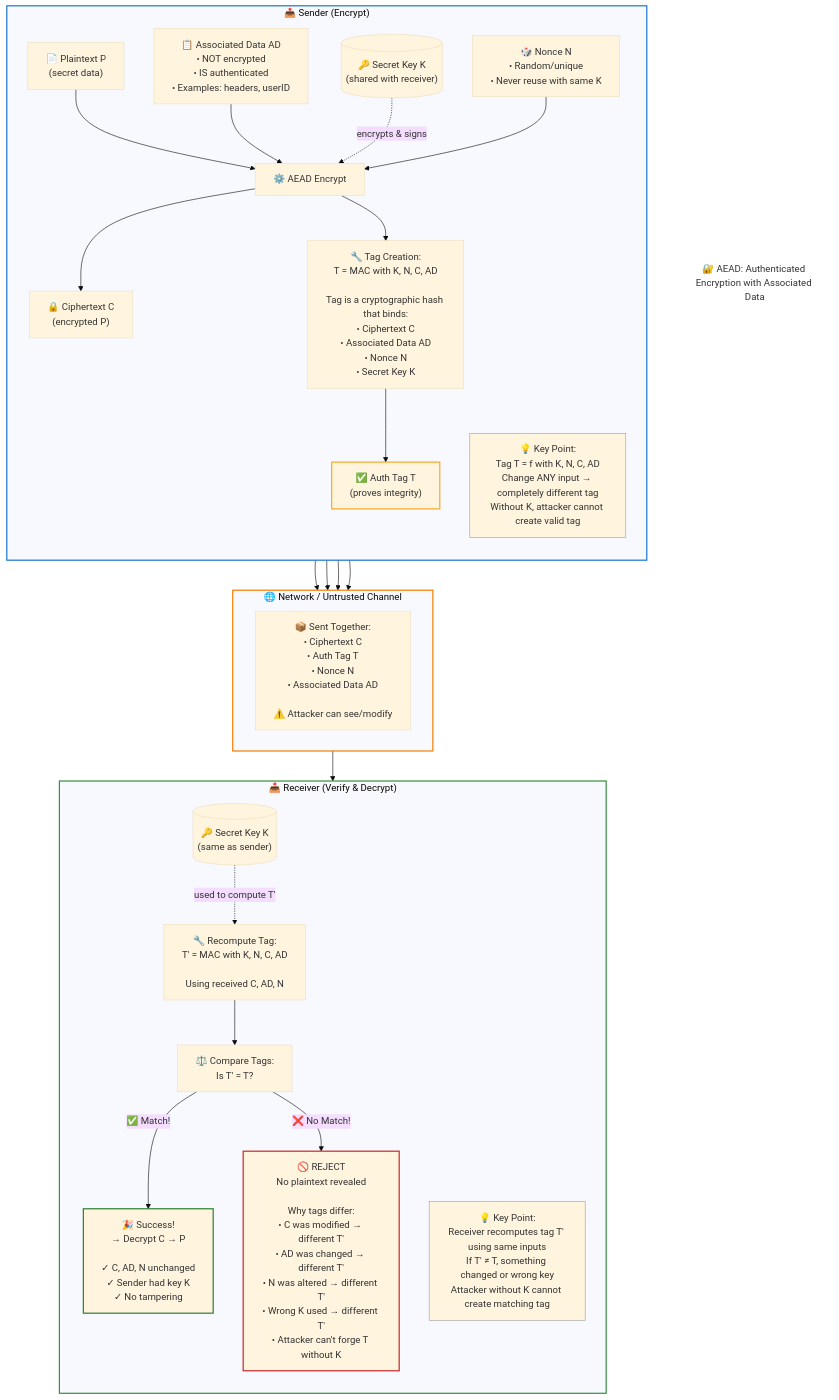
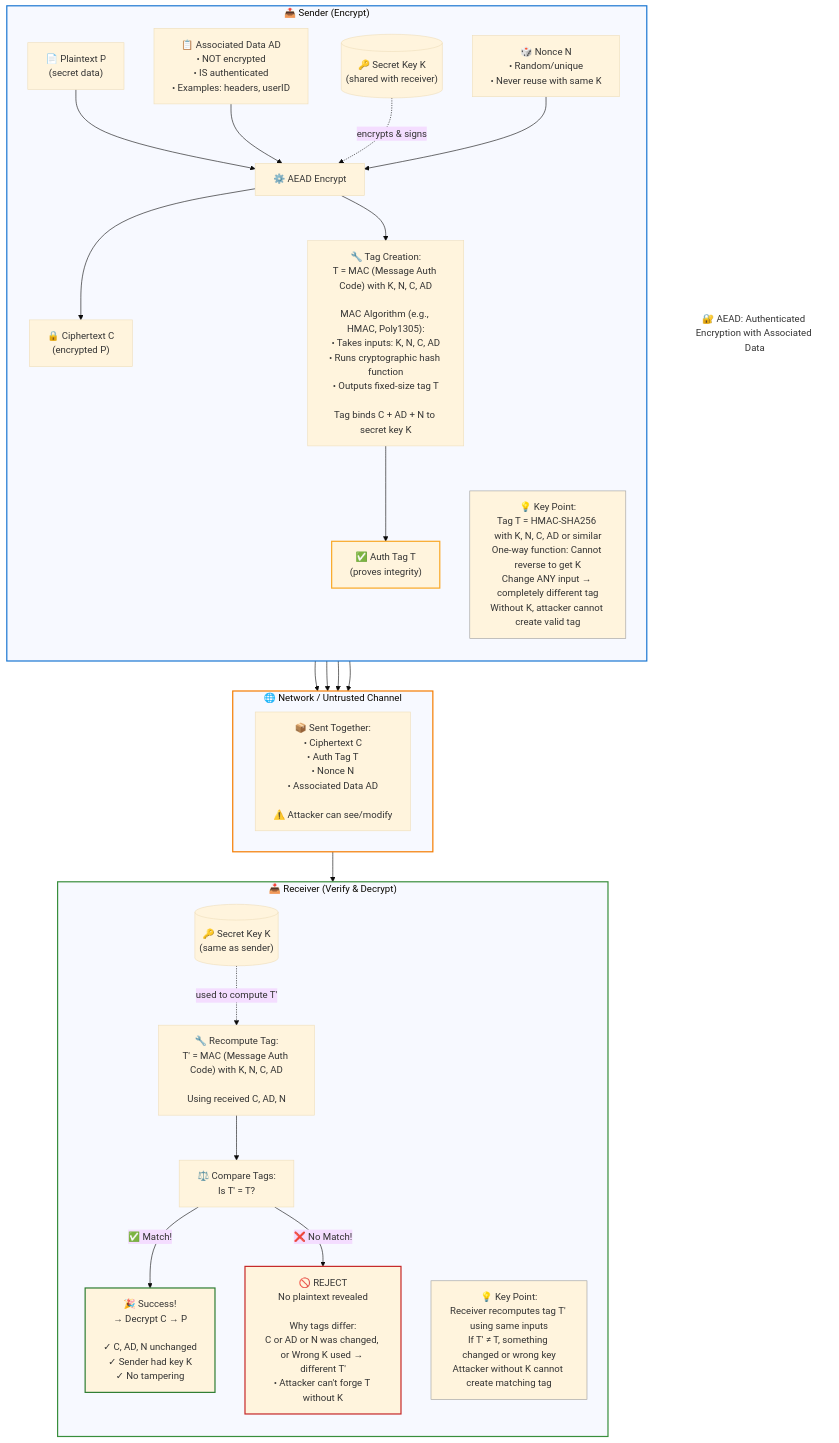
One commit to irahulsawhney/crypto-concepts changed the diagram in diagrams/03-aead.mmd. Above: the diagram before and after it, drawn with Mermaid (base theme). The commit also changed 1 other file, not shown here.

Commit message:
Expand MAC acronym and explain how MAC is generated in AEAD diagrams

```diff
--- a/diagrams/03-aead.mmd
+++ b/diagrams/03-aead.mmd
@@ -1,85 +1,85 @@
 %% AEAD (Authenticated Encryption with Associated Data) — Mermaid Cheat Sheet
 %% Save as .mmd and preview with any Mermaid renderer.
 
 %% ------------ FLOW OVERVIEW ------------
 flowchart TB
   Title["🔐 AEAD: Authenticated Encryption with Associated Data"]
   
   subgraph Sender["📤 Sender (Encrypt)"]
     direction TB
     P["📄 Plaintext P<br/>(secret data)"]
     AD["📋 Associated Data AD<br/>• NOT encrypted<br/>• IS authenticated<br/>• Examples: headers, userID"]
     K[("🔑 Secret Key K<br/>(shared with receiver)")]
     N["🎲 Nonce N<br/>• Random/unique<br/>• Never reuse with same K"]
     
     P --> E
     AD --> E
     K -.->|encrypts & signs| E
     N --> E
     
     E["⚙️ AEAD Encrypt"]
     
     E --> C["🔒 Ciphertext C<br/>(encrypted P)"]
-    E --> TagCreate["🔧 Tag Creation:<br/>T = MAC with K, N, C, AD<br/><br/>Tag is a cryptographic hash that binds:<br/>• Ciphertext C<br/>• Associated Data AD<br/>• Nonce N<br/>• Secret Key K"]
+    E --> TagCreate["🔧 Tag Creation:<br/>T = MAC (Message Auth Code) with K, N, C, AD<br/><br/>MAC Algorithm (e.g., HMAC, Poly1305):<br/>• Takes inputs: K, N, C, AD<br/>• Runs cryptographic hash function<br/>• Outputs fixed-size tag T<br/><br/>Tag binds C + AD + N to secret key K"]
     TagCreate --> T["✅ Auth Tag T<br/>(proves integrity)"]
     
-    SNote["💡 Key Point:<br/>Tag T = f with K, N, C, AD<br/>Change ANY input → completely different tag<br/>Without K, attacker cannot create valid tag"]
+    SNote["💡 Key Point:<br/>Tag T = HMAC-SHA256 with K, N, C, AD or similar<br/>One-way function: Cannot reverse to get K<br/>Change ANY input → completely different tag<br/>Without K, attacker cannot create valid tag"]
   end
 
   C --> Channel
   T --> Channel
   N --> Channel
   AD --> Channel
   
   subgraph Channel["🌐 Network / Untrusted Channel"]
     Bundle["📦 Sent Together:<br/>• Ciphertext C<br/>• Auth Tag T<br/>• Nonce N<br/>• Associated Data AD<br/><br/>⚠️ Attacker can see/modify"]
   end
 
   Channel --> Receiver
   
   subgraph Receiver["📥 Receiver (Verify & Decrypt)"]
     direction TB
     KR[("🔑 Secret Key K<br/>(same as sender)")]
     
-    RecompTag["🔧 Recompute Tag:<br/>T' = MAC with K, N, C, AD<br/><br/>Using received C, AD, N"]
+    RecompTag["🔧 Recompute Tag:<br/>T' = MAC (Message Auth Code) with K, N, C, AD<br/><br/>Using received C, AD, N"]
     
     Compare["⚖️ Compare Tags:<br/>Is T' = T?"]
     
     KR -.->|used to compute T'| RecompTag
     RecompTag --> Compare
     
     Compare -->|✅ Match!| Valid["🎉 Success!<br/>→ Decrypt C → P<br/><br/>✓ C, AD, N unchanged<br/>✓ Sender had key K<br/>✓ No tampering"]
-    Compare -->|❌ No Match!| Invalid["🚫 REJECT<br/>No plaintext revealed<br/><br/>Why tags differ:<br/>• C was modified → different T'<br/>• AD was changed → different T'<br/>• N was altered → different T'<br/>• Wrong K used → different T'<br/>• Attacker can't forge T without K"]
+    Compare -->|❌ No Match!| Invalid["🚫 REJECT<br/>No plaintext revealed<br/><br/>Why tags differ:<br/>C or AD or N was changed, or Wrong K used → different T'<br/>• Attacker can't forge T without K"]
     
     RNote["💡 Key Point:<br/>Receiver recomputes tag T' using same inputs<br/>If T' ≠ T, something changed or wrong key<br/>Attacker without K cannot create matching tag"]
   end
 
   %% Styling
   style Sender stroke:#1976d2,stroke-width:2px
   style Channel stroke:#f57c00,stroke-width:2px
   style Receiver stroke:#388e3c,stroke-width:2px
   style Title fill:none,stroke:none,font-size:16px
   style Valid stroke:#2e7d32,stroke-width:2px
   style Invalid stroke:#c62828,stroke-width:2px
   style T stroke:#f9a825,stroke-width:2px
   style SNote stroke:#9e9e9e,stroke-width:1px
   style RNote stroke:#9e9e9e,stroke-width:1px
 
   %% Notes
   %% - Confidentiality: P is hidden inside C.
   %% - Integrity & Authenticity: T binds (C, AD, N) to K; tampering causes verify failure.
   %% - AD is authenticated but not encrypted (visible headers/metadata).
   %% - N must NEVER repeat with the same K. Reuse can break security catastrophically.
 
   %% AT-A-GLANCE
   %% • AEAD = Authenticated Encryption with Associated Data
   %% • Protects two things at once:
   %%     1) Confidentiality (encrypts P into C)
   %%     2) Integrity/Authenticity (T proves C+AD+N come from someone with K)
   %% • Associated Data (AD):
   %%     - Not encrypted (visible), but authenticated (tamper-evident)
   %%     - Examples: headers, user/account IDs, API version, timestamps
   %% • Nonce/IV (N):
   %%     - Unique per (K) to prevent reuse attacks
   %% • Typical algorithms:
   %%     - AES-GCM, ChaCha20-Poly1305
```
